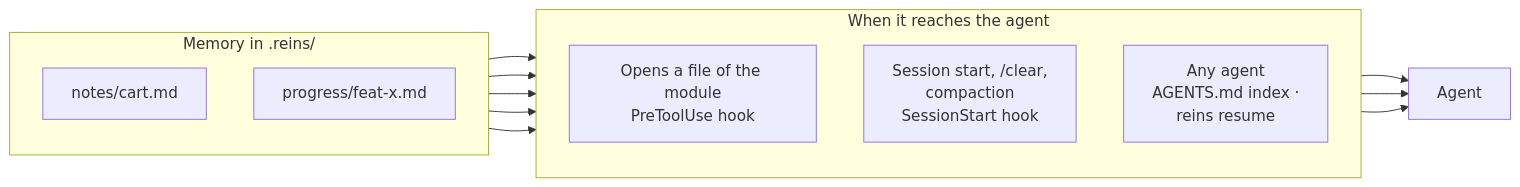
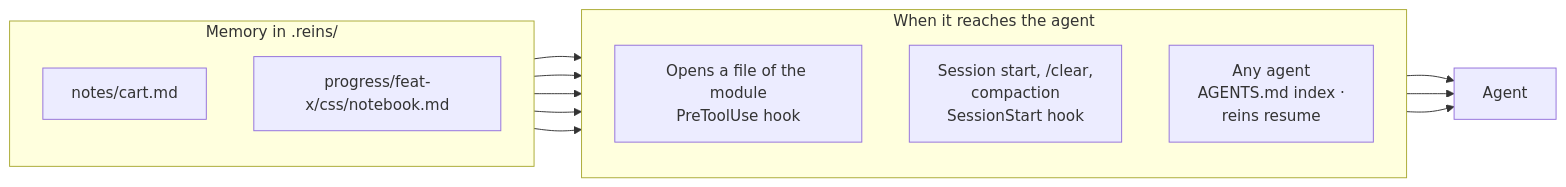
Before and after one commit to fredarcito/reins: the ninth of 20 diagrams in README.md, drawn with Mermaid. The commit also changed other lines of this file and 51 other files, not shown here.

````diff
--- a/README.md
+++ b/README.md
@@ -330,22 +330,22 @@
 ```mermaid
 flowchart LR
     subgraph mem["Memory in .reins/"]
         direction TB
         note["notes/cart.md"]
-        nb["progress/feat-x.md"]
+        nb["progress/feat-x/css/notebook.md"]
     end
     subgraph when["When it reaches the agent"]
         direction TB
         open["Opens a file of the module<br/>PreToolUse hook"]
         start["Session start, /clear,<br/>compaction<br/>SessionStart hook"]
         any["Any agent<br/>AGENTS.md index ·<br/>reins resume"]
     end
     note --> open
     note --> start
     nb --> start
     note --> any
     nb --> any
     open --> agent["Agent"]
     start --> agent
     any --> agent
 ```
````
